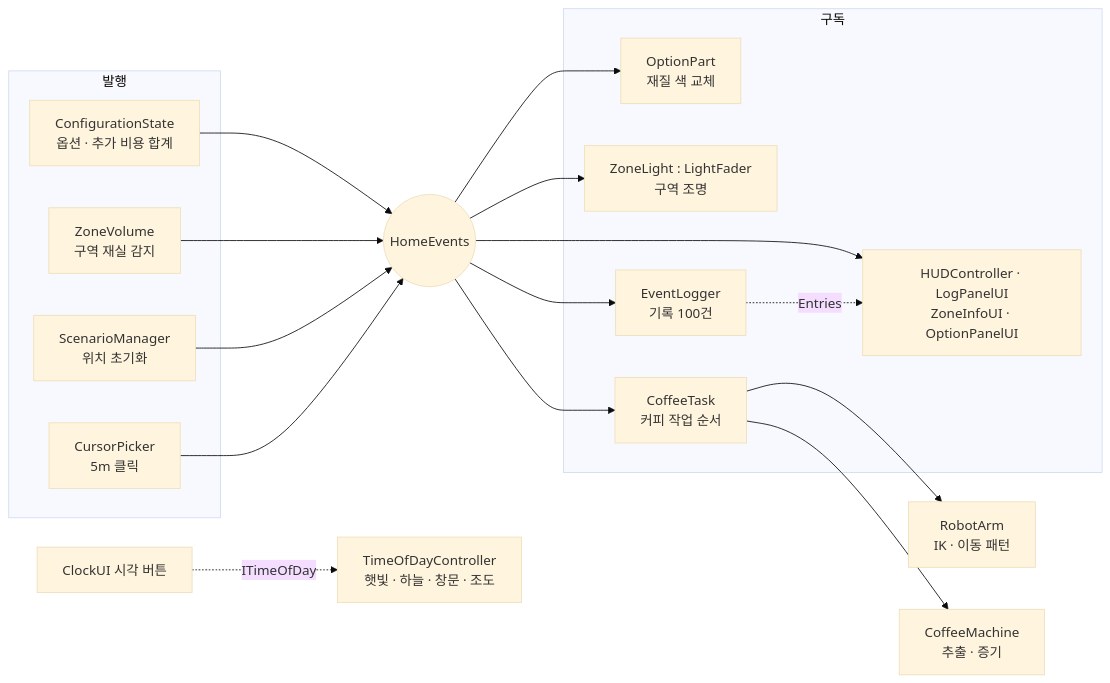
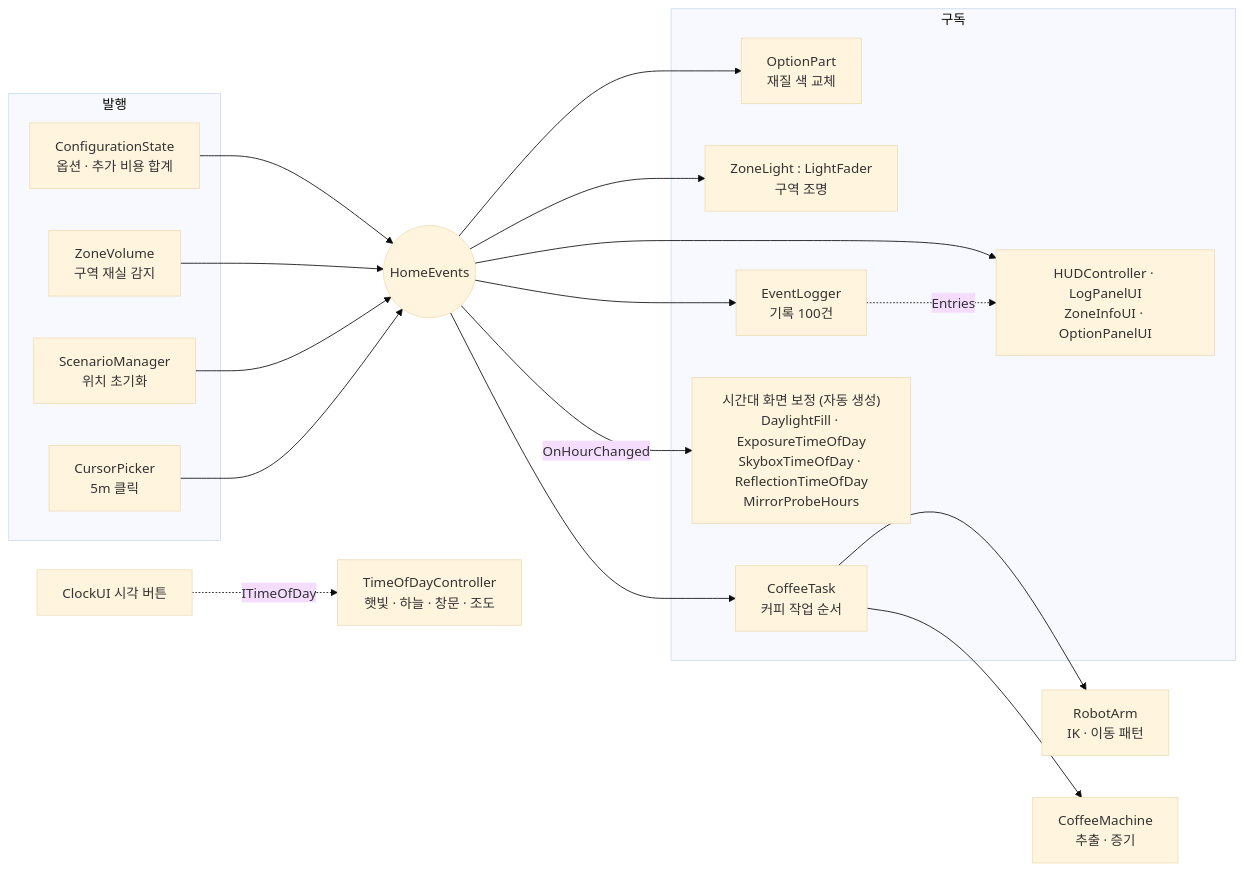
Before and after one commit to JJUNI-01-KOR/com-modelhouse: the diagram in README.md, drawn with Mermaid (base theme). The commit also changed other lines of this file, not shown here.

First line of the commit message:
docs: README 시간대 화면 보정·빌드·트러블슈팅 반영 (10/13~14)

````diff
--- a/README.md
+++ b/README.md
@@ -116,25 +128,27 @@
 ```mermaid
 flowchart LR
   subgraph 발행
     CS["ConfigurationState<br/>옵션 · 추가 비용 합계"]
     Zone["ZoneVolume<br/>구역 재실 감지"]
     SM[ScenarioManager<br/>위치 초기화]
     CP["CursorPicker<br/>5m 클릭"]
   end
   HE(("HomeEvents"))
   subgraph 구독
     OP["OptionPart<br/>재질 색 교체"]
     ZL["ZoneLight : LightFader<br/>구역 조명"]
     UI["HUDController · LogPanelUI<br/>ZoneInfoUI · OptionPanelUI"]
     LG["EventLogger<br/>기록 100건"]
     CT["CoffeeTask<br/>커피 작업 순서"]
+    TV["시간대 화면 보정 (자동 생성)<br/>DaylightFill · ExposureTimeOfDay<br/>SkyboxTimeOfDay · ReflectionTimeOfDay<br/>MirrorProbeHours"]
   end
   CS --> HE
   Zone --> HE
   SM --> HE
   CP --> HE
   HE --> OP & ZL & UI & CT & LG
+  HE -->|OnHourChanged| TV
   LG -.->|Entries| UI
   CT --> RA["RobotArm<br/>IK · 이동 패턴"] & CM["CoffeeMachine<br/>추출 · 증기"]
   CL[ClockUI 시각 버튼] -.->|ITimeOfDay| TD["TimeOfDayController<br/>햇빛 · 하늘 · 창문 · 조도"]
 ```
````
